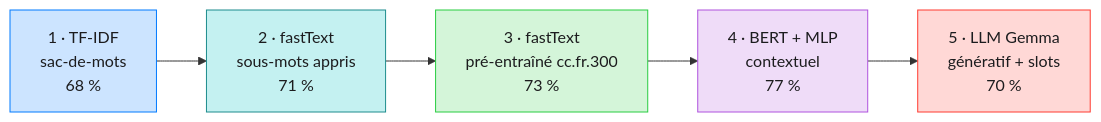
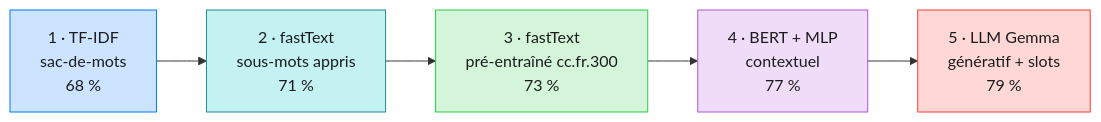
The first of 2 diagrams in LISEZMOI.md (warith-harchaoui/intentions), drawn with Mermaid before and after one commit. The commit also changed other lines of this file and 11 other files, not shown here.

````diff
--- a/LISEZMOI.md
+++ b/LISEZMOI.md
@@ -56,9 +56,9 @@
 ```mermaid
 flowchart LR
-    A["1 · TF-IDF<br/>sac-de-mots<br/>68 %"] --> B["2 · fastText<br/>sous-mots appris<br/>71 %"] --> C["3 · fastText<br/>pré-entraîné cc.fr.300<br/>73 %"] --> D["4 · BERT + MLP<br/>contextuel<br/>77 %"] --> E["5 · LLM Gemma<br/>génératif + slots<br/>70 %"]
+    A["1 · TF-IDF<br/>sac-de-mots<br/>68 %"] --> B["2 · fastText<br/>sous-mots appris<br/>71 %"] --> C["3 · fastText<br/>pré-entraîné cc.fr.300<br/>73 %"] --> D["4 · BERT + MLP<br/>contextuel<br/>77 %"] --> E["5 · LLM Gemma<br/>génératif + slots<br/>79 %"]
     style A fill:#CCE4FF,stroke:#007AFF,color:#1C1C1E
     style B fill:#C4F1F1,stroke:#1D8C8D,color:#1C1C1E
     style C fill:#D4F5D9,stroke:#28CD41,color:#1C1C1E
     style D fill:#EFDCF8,stroke:#AF52DE,color:#1C1C1E
     style E fill:#FFD8D6,stroke:#FF3B30,color:#1C1C1E
 ```
````
